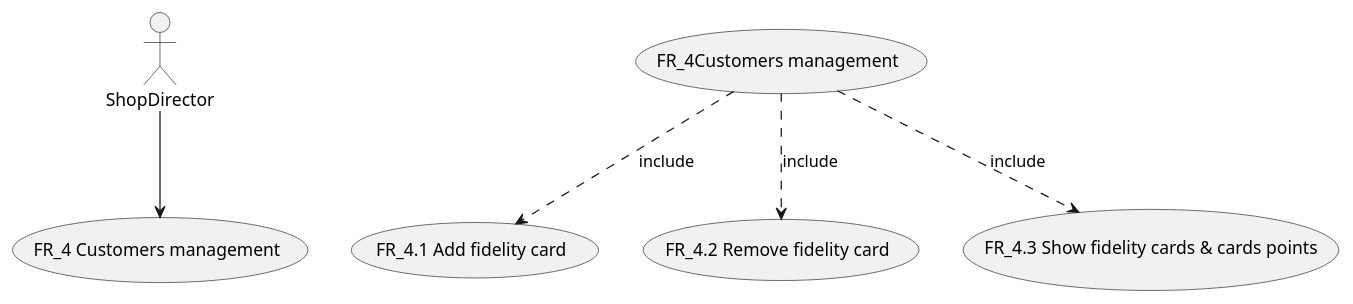
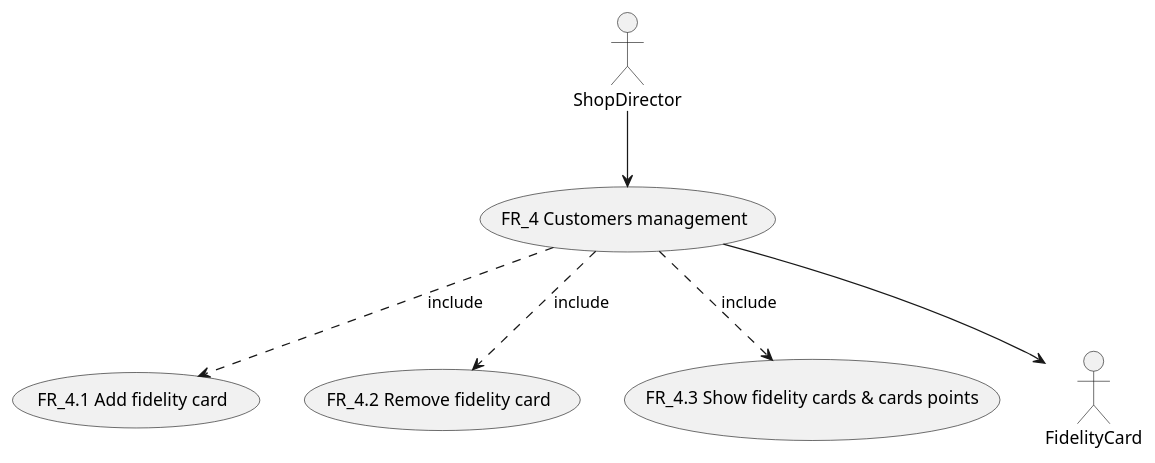
Before and after one commit to Stormz4/group20-EzShop: the sixth of 11 diagrams in Deliverables/RequirementsDocument.md, drawn with PlantUML. The commit also changed other lines of this file, not shown here.

Commit message:
Doc: Fixed use case diagrams

````diff
--- a/Deliverables/RequirementsDocument.md
+++ b/Deliverables/RequirementsDocument.md
@@ -309,10 +314,11 @@
 ```plantuml
 @startuml
 
 :ShopDirector: --> (FR_4 Customers management)
-(FR_4Customers management) ..> (FR_4.1 Add fidelity card) : include
-(FR_4Customers management) ..> (FR_4.2 Remove fidelity card) : include
-(FR_4Customers management) ..> (FR_4.3 Show fidelity cards & cards points) : include
+(FR_4 Customers management) ..> (FR_4.1 Add fidelity card) : include
+(FR_4 Customers management) ..> (FR_4.2 Remove fidelity card) : include
+(FR_4 Customers management) ..> (FR_4.3 Show fidelity cards & cards points) : include
+(FR_4 Customers management) --> :FidelityCard:
 
 @enduml
 ```
````
